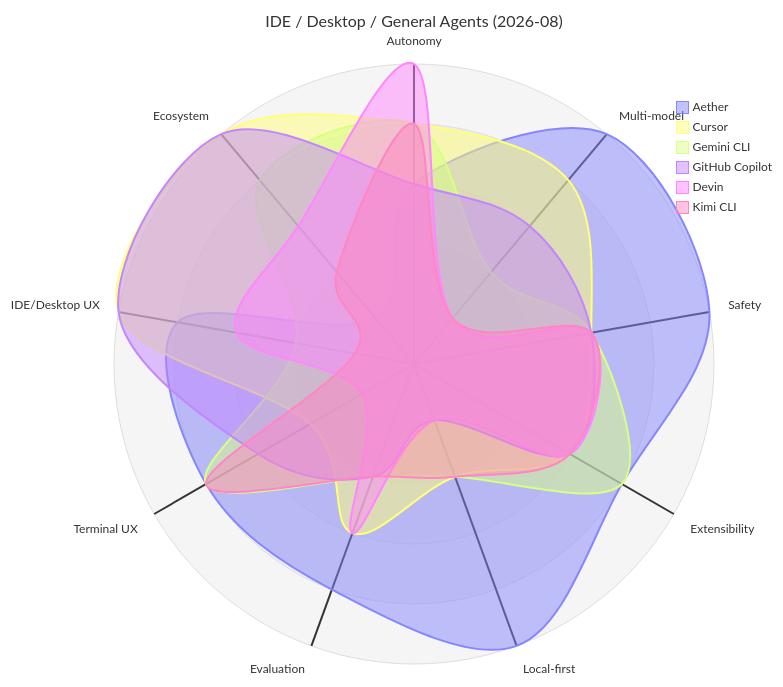
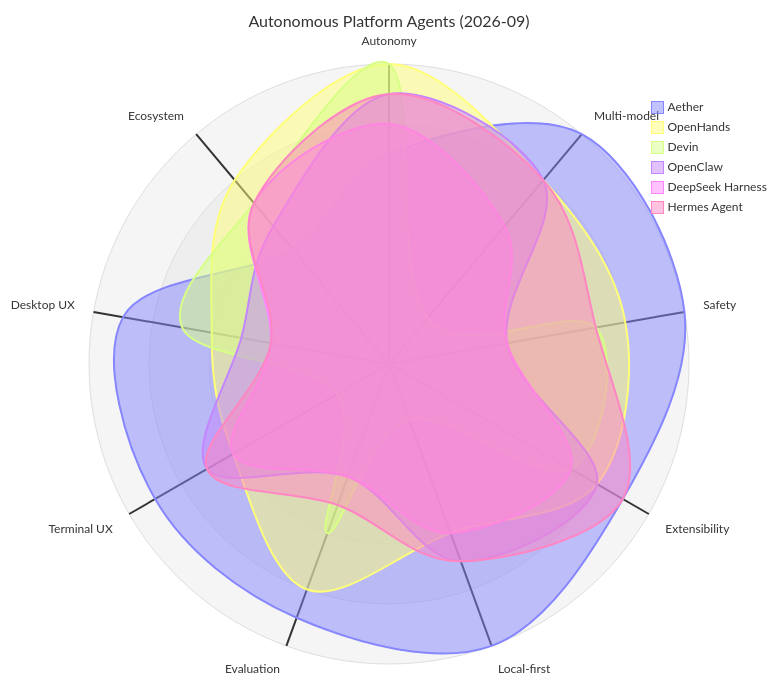
The third of 3 diagrams in docs/competitive-analysis.md (TQSY114514/Aether), drawn with Mermaid before and after one commit. The commit also changed other lines of this file and 4 other files, not shown here.

````diff
--- a/docs/competitive-analysis.md
+++ b/docs/competitive-analysis.md
@@ -67,13 +89,13 @@
 ```mermaid
 radar-beta
-  title IDE / Desktop / General Agents (2026-08)
-  axis aut["Autonomy"], mm["Multi-model"], saf["Safety"], ext["Extensibility"], loc["Local-first"], eva["Evaluation"], tux["Terminal UX"], dux["IDE/Desktop UX"], eco["Ecosystem"]
-  curve aether["Aether"]{3, 5, 5, 4, 5, 4, 4, 4, 1}
-  curve cursor["Cursor"]{4, 4, 3, 3, 2, 3, 2, 5, 5}
-  curve gemini["Gemini CLI"]{4, 2, 3, 4, 2, 2, 4, 2, 4}
-  curve copilot["GitHub Copilot"]{3, 3, 3, 3, 1, 2, 3, 5, 5}
-  curve devin["Devin"]{5, 1, 3, 3, 1, 3, 1, 3, 3}
-  curve kimi["Kimi CLI"]{4, 1, 3, 3, 2, 2, 4, 1, 2}
+  title Autonomous Platform Agents (2026-09)
+  axis aut["Autonomy"], mm["Multi-model"], saf["Safety"], ext["Extensibility"], loc["Local-first"], eva["Evaluation"], tux["Terminal UX"], dux["Desktop UX"], eco["Ecosystem"]
+  curve aether["Aether"]{3.5, 5.0, 5.0, 4.5, 5.0, 4.5, 4.5, 4.5, 2.5}
+  curve openhands["OpenHands"]{5.0, 4.0, 4.0, 4.0, 3.0, 4.0, 3.0, 3.0, 4.0}
+  curve devin["Devin"]{5.0, 1.0, 3.5, 3.5, 1.0, 3.0, 1.0, 3.5, 3.5}
+  curve openclaw["OpenClaw"]{4.5, 4.0, 2.0, 4.0, 3.5, 2.0, 3.5, 2.5, 3.0}
+  curve dsh["DeepSeek Harness"]{4.0, 3.0, 2.0, 3.5, 3.0, 2.0, 3.0, 2.0, 3.5}
+  curve hermes["Hermes Agent"]{4.5, 4.0, 3.5, 4.5, 3.5, 2.5, 3.5, 2.0, 3.5}
   max 5
   min 0
 ```
````
